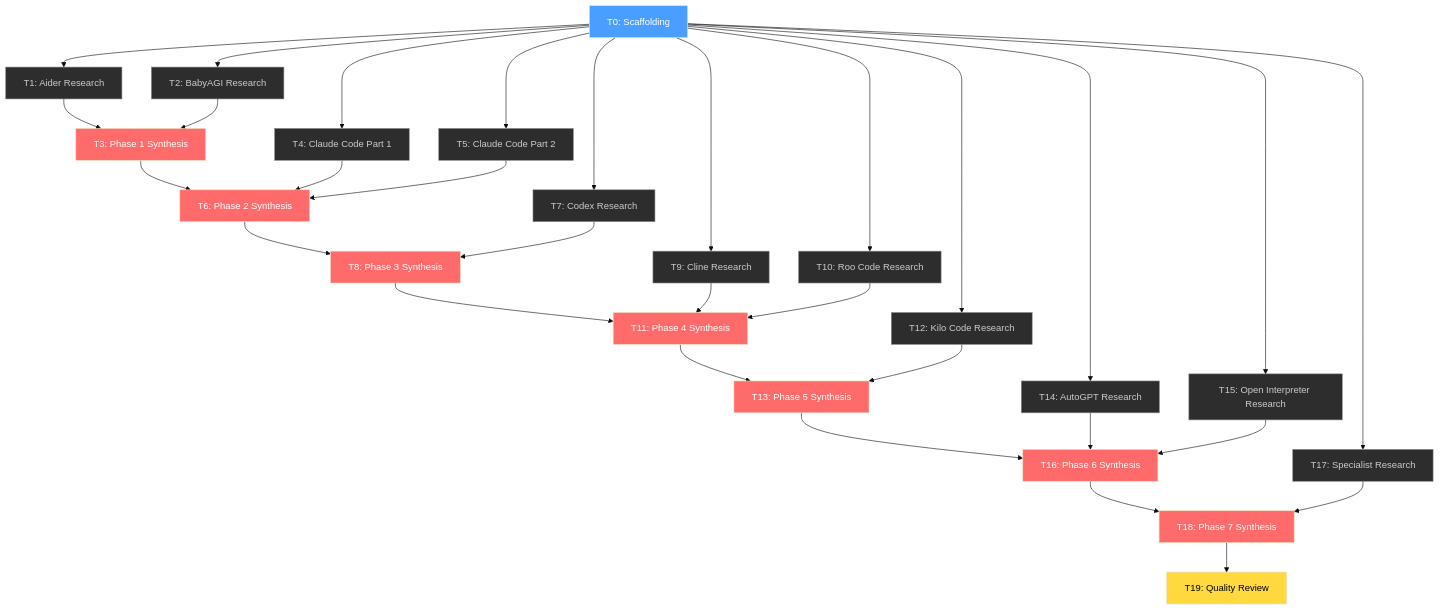
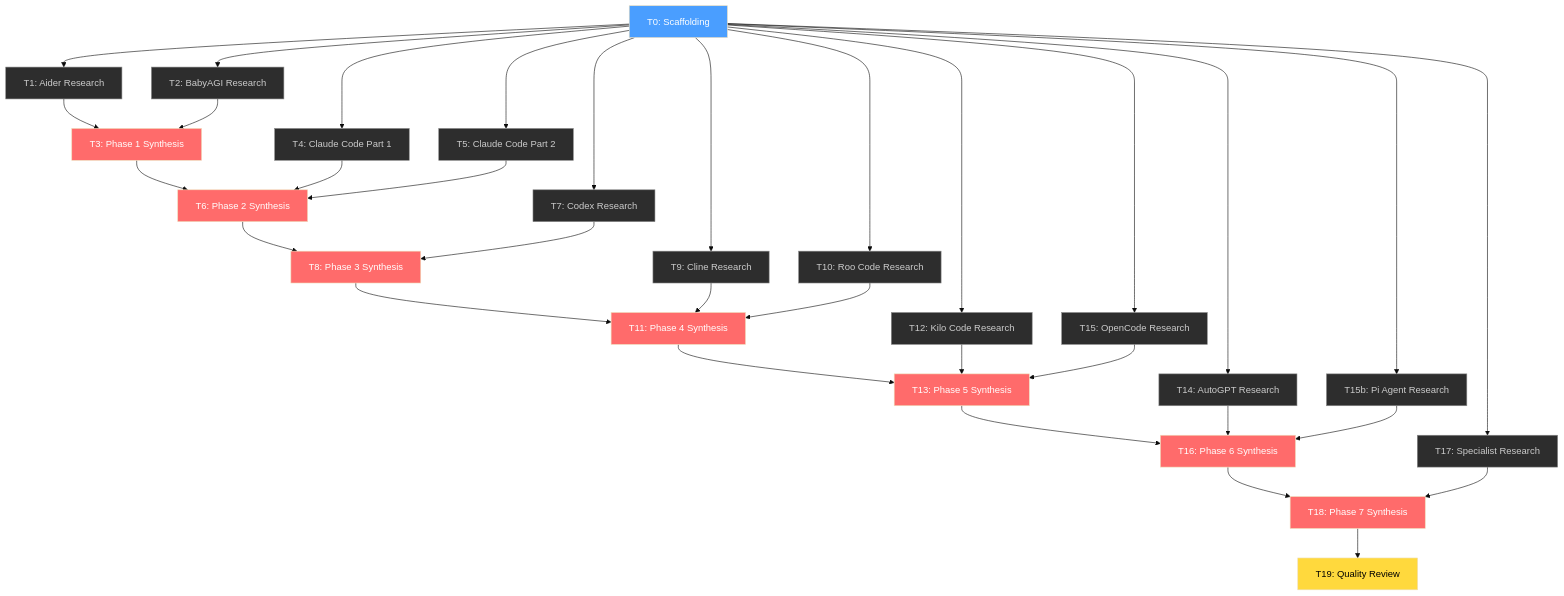
Before and after one commit to deepakdgupta1/agent: the diagram in task.md, drawn with Mermaid (base theme). The commit also changed other lines of this file and 13 other files, not shown here.

Commit message:
feat: integrate OpenCode and Pi Agent research into documentation and implement sub-agent verification script.

````diff
--- a/task.md
+++ b/task.md
@@ -679,45 +715,47 @@
 ```mermaid
 flowchart TD
     T0[T0: Scaffolding]:::scaffold --> T1[T1: Aider Research]:::research
     T0 --> T2[T2: BabyAGI Research]:::research
     
     T1 --> T3[T3: Phase 1 Synthesis]:::synthesis
     T2 --> T3
     
     T0 --> T4[T4: Claude Code Part 1]:::research
     T0 --> T5[T5: Claude Code Part 2]:::research
     T3 --> T6[T6: Phase 2 Synthesis]:::synthesis
     T4 --> T6
     T5 --> T6
     
     T0 --> T7[T7: Codex Research]:::research
     T6 --> T8[T8: Phase 3 Synthesis]:::synthesis
     T7 --> T8
     
     T0 --> T9[T9: Cline Research]:::research
     T0 --> T10[T10: Roo Code Research]:::research
     T8 --> T11[T11: Phase 4 Synthesis]:::synthesis
     T9 --> T11
     T10 --> T11
     
     T0 --> T12[T12: Kilo Code Research]:::research
+    T0 --> T15[T15: OpenCode Research]:::research
     T11 --> T13[T13: Phase 5 Synthesis]:::synthesis
     T12 --> T13
+    T15 --> T13
     
     T0 --> T14[T14: AutoGPT Research]:::research
-    T0 --> T15[T15: Open Interpreter Research]:::research
+    T0 --> T15b[T15b: Pi Agent Research]:::research
     T13 --> T16[T16: Phase 6 Synthesis]:::synthesis
     T14 --> T16
-    T15 --> T16
+    T15b --> T16
     
     T0 --> T17[T17: Specialist Research]:::research
     T16 --> T18[T18: Phase 7 Synthesis]:::synthesis
     T17 --> T18
     
     T18 --> T19[T19: Quality Review]:::qa
 
     classDef scaffold fill:#4a9eff,color:#fff
     classDef research fill:#2d2d2d,color:#ccc,stroke:#888
     classDef synthesis fill:#ff6b6b,color:#fff
     classDef qa fill:#ffd93d,color:#000
 ```
````
